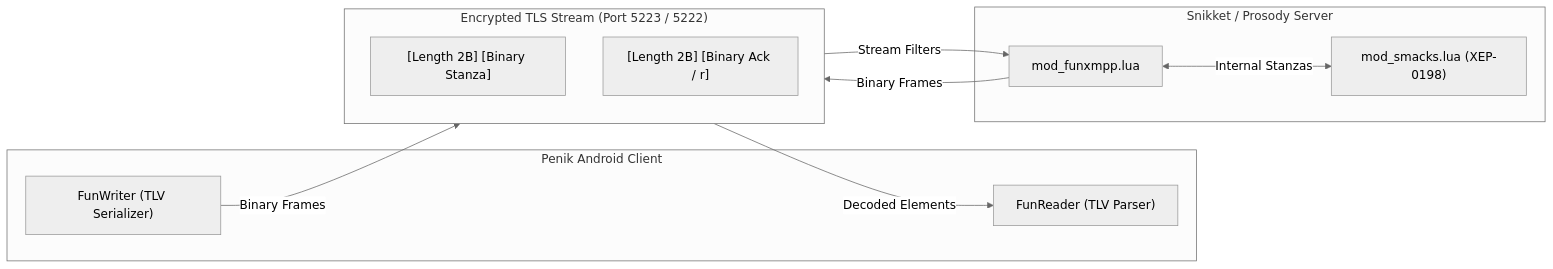
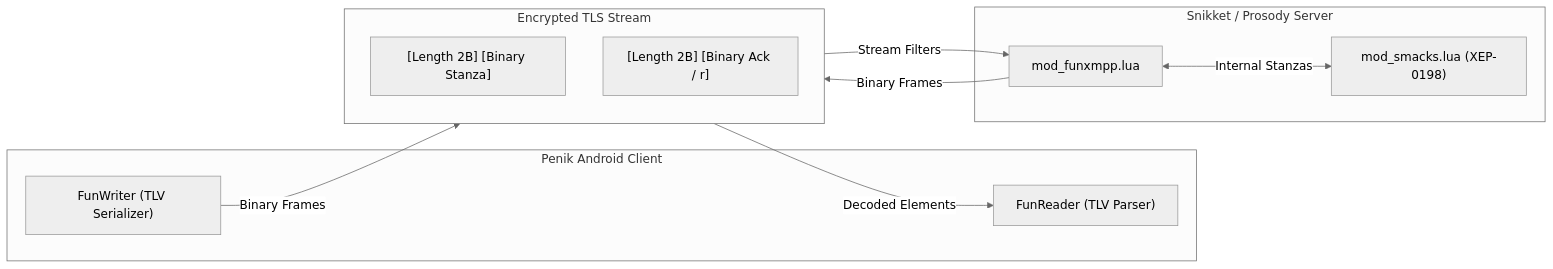
The diagram in README.md (Nielkro/PenikXMPP), drawn with Mermaid (neutral theme) before and after one commit. The commit also changed other lines of this file, not shown here.

Commit message:
docs: remove port 5223 note from readme

````diff
--- a/README.md
+++ b/README.md
@@ -38,23 +38,23 @@
 ```mermaid
 flowchart LR
     subgraph Client["Penik Android Client"]
         CW["FunWriter (TLV Serializer)"]
         CR["FunReader (TLV Parser)"]
     end
 
-    subgraph Wire["Encrypted TLS Stream (Port 5223 / 5222)"]
+    subgraph Wire["Encrypted TLS Stream"]
         F1["[Length 2B] [Binary Stanza]"]
         F2["[Length 2B] [Binary Ack / r]"]
     end
 
     subgraph Server["Snikket / Prosody Server"]
         SM["mod_funxmpp.lua"]
         SMACKS["mod_smacks.lua (XEP-0198)"]
     end
 
     CW -->|Binary Frames| Wire
     Wire -->|Stream Filters| SM
     SM <-->|Internal Stanzas| SMACKS
     SM -->|Binary Frames| Wire
     Wire -->|Decoded Elements| CR
 ```
````
